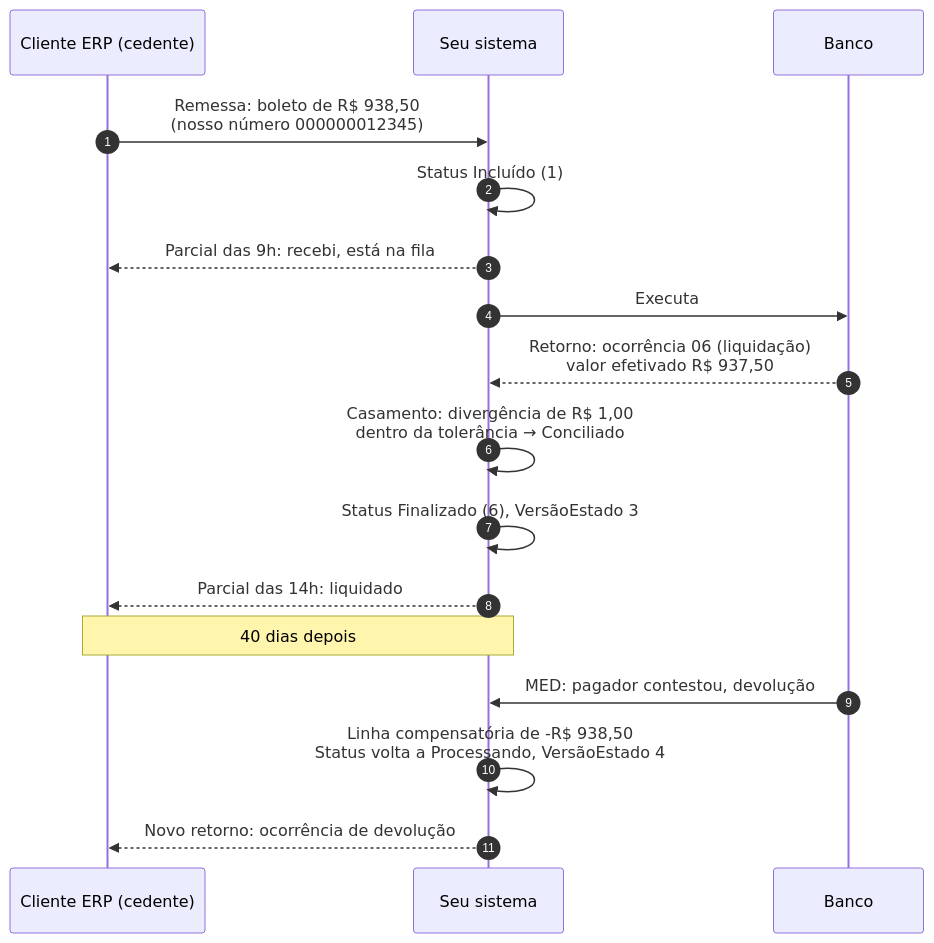
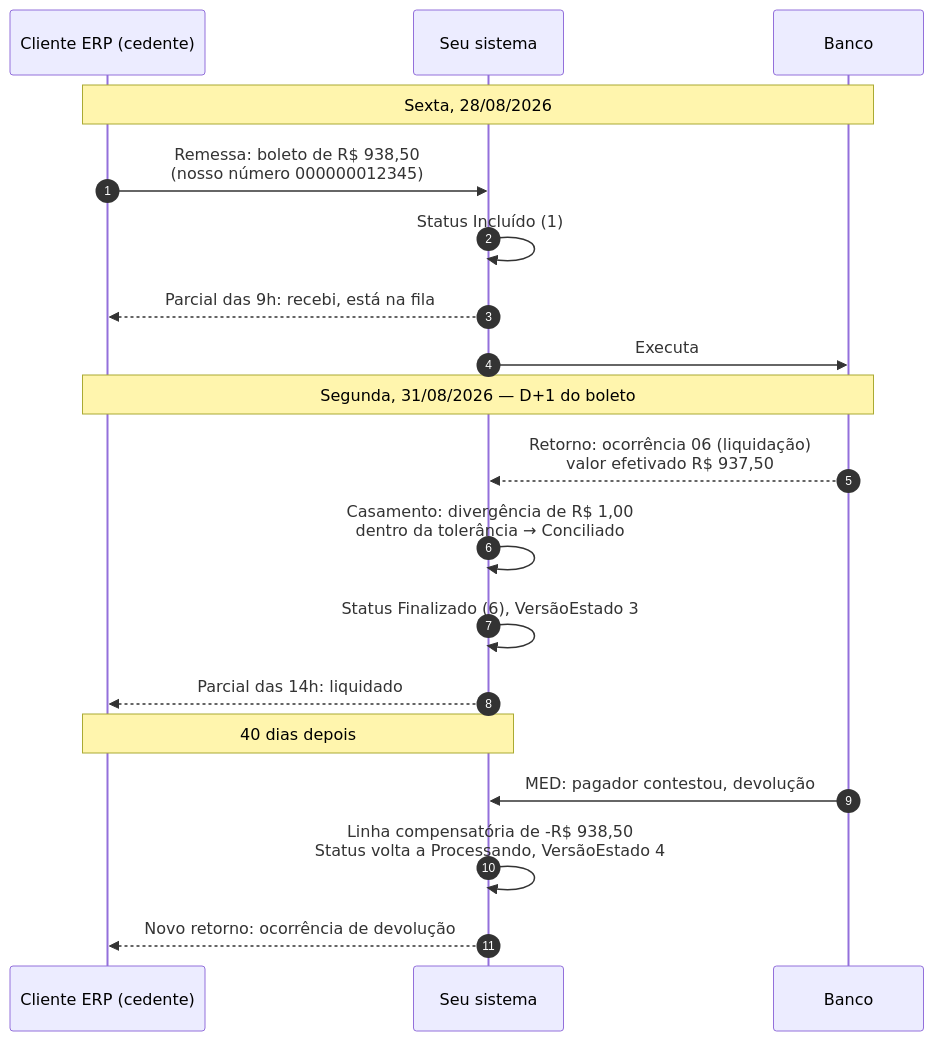
Before and after one commit to danielbfr3/sobre_aws: the first of 17 diagrams in conciliacao-guia-completo.md, drawn with Mermaid. The commit also changed other lines of this file and 9 other files, not shown here.

````diff
--- a/conciliacao-guia-completo.md
+++ b/conciliacao-guia-completo.md
@@ -78,20 +78,22 @@
 ```mermaid
 sequenceDiagram
     autonumber
     participant C as Cliente ERP (cedente)
     participant S as Seu sistema
     participant B as Banco
 
+    Note over C,B: Sexta, 28/08/2026
     C->>S: Remessa: boleto de R$ 938,50<br/>(nosso número 000000012345)
     S->>S: Status Incluído (1)
     S-->>C: Parcial das 9h: recebi, está na fila
     S->>B: Executa
+    Note over C,B: Segunda, 31/08/2026 — D+1 do boleto
     B-->>S: Retorno: ocorrência 06 (liquidação)<br/>valor efetivado R$ 937,50
     S->>S: Casamento: divergência de R$ 1,00<br/>dentro da tolerância → Conciliado
     S->>S: Status Finalizado (6), VersãoEstado 3
     S-->>C: Parcial das 14h: liquidado
     Note over S,C: 40 dias depois
     B->>S: MED: pagador contestou, devolução
     S->>S: Linha compensatória de -R$ 938,50<br/>Status volta a Processando, VersãoEstado 4
     S-->>C: Novo retorno: ocorrência de devolução
 ```
````
